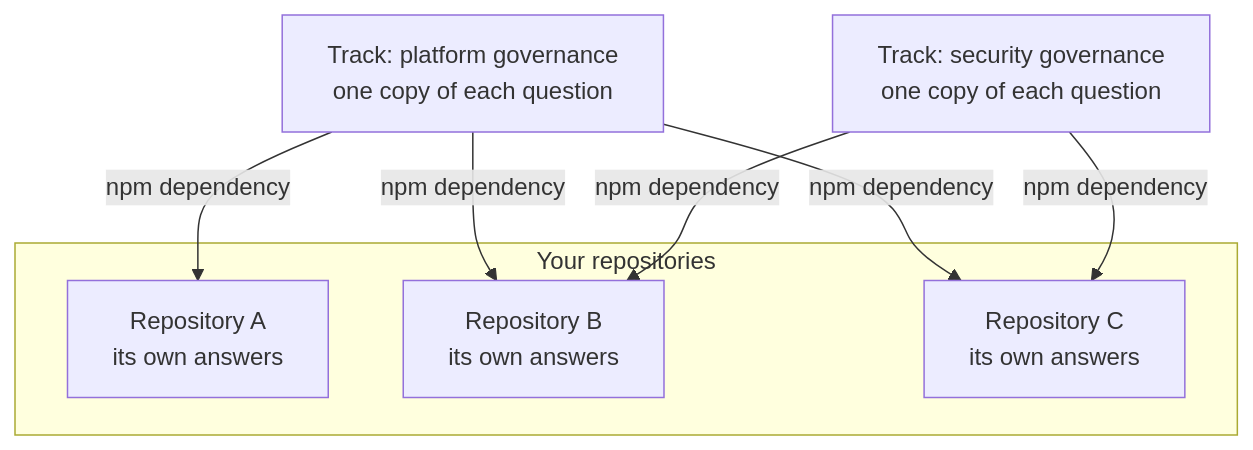
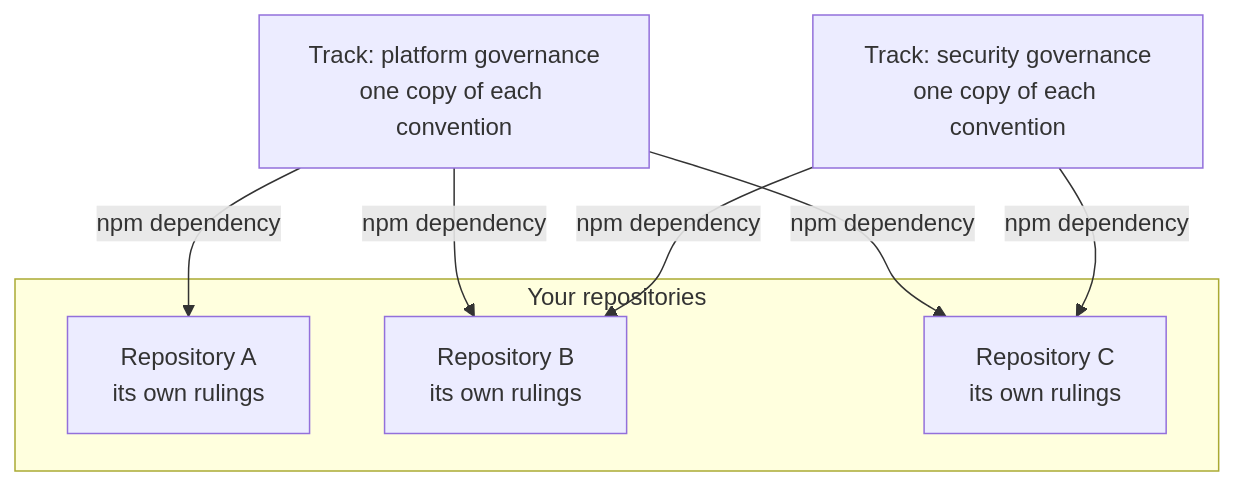
The third of 3 diagrams in docs/how-it-works.md (trivoallan/ontrack), drawn with Mermaid before and after one commit. The commit also changed other lines of this file and 83 other files, not shown here.

First line of the commit message:
feat!: call what a track ships a convention (#221)

````diff
--- a/docs/how-it-works.md
+++ b/docs/how-it-works.md
@@ -133,12 +135,12 @@
 ```mermaid
 flowchart TD
-  platform["Track: platform governance<br/>one copy of each question"]
-  security["Track: security governance<br/>one copy of each question"]
+  platform["Track: platform governance<br/>one copy of each convention"]
+  security["Track: security governance<br/>one copy of each convention"]
   subgraph repos["Your repositories"]
-    a["Repository A<br/>its own answers"]
-    b["Repository B<br/>its own answers"]
-    c["Repository C<br/>its own answers"]
+    a["Repository A<br/>its own rulings"]
+    b["Repository B<br/>its own rulings"]
+    c["Repository C<br/>its own rulings"]
   end
   platform -->|"npm dependency"| a & b & c
   security -->|"npm dependency"| b & c
 ```
````
